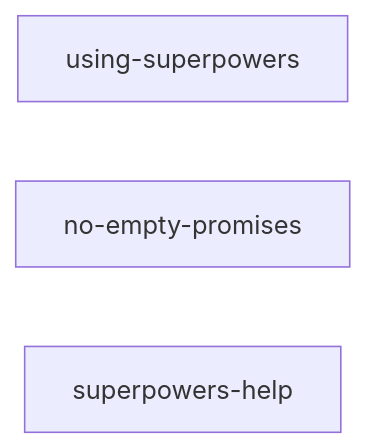
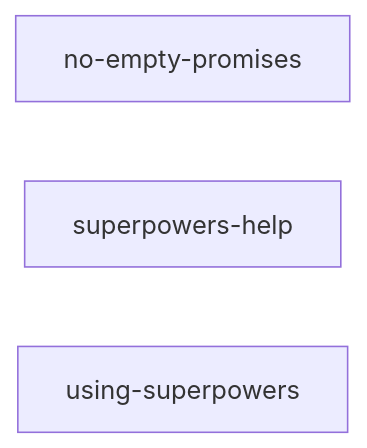
Before and after one commit to bordenet/superpowers-plus: the ninth of 27 diagrams in docs/skill-dependency-graph.md, drawn with Mermaid. The commit also changed other lines of this file and 6 other files, not shown here.

````diff
--- a/docs/skill-dependency-graph.md
+++ b/docs/skill-dependency-graph.md
@@ -190,6 +190,6 @@
 ```mermaid
 flowchart LR
-  using_superpowers["using-superpowers"]
   no_empty_promises["no-empty-promises"]
   superpowers_help["superpowers-help"]
+  using_superpowers["using-superpowers"]
 ```
````
